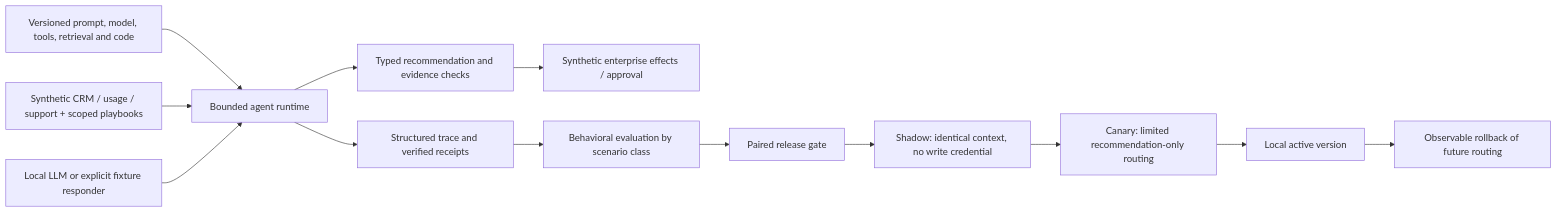
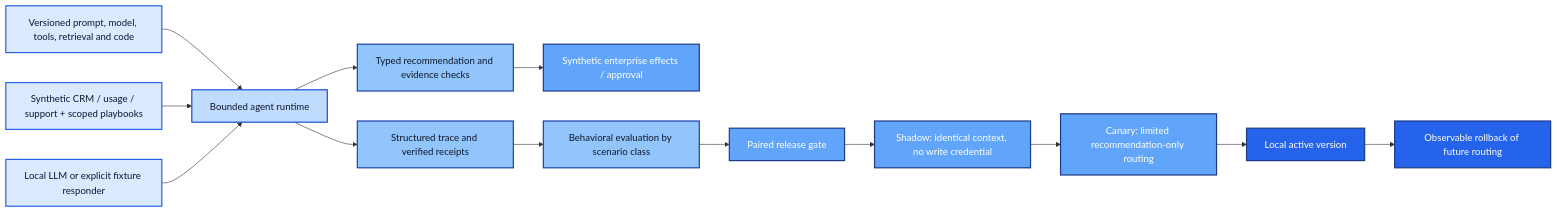
Before and after one commit to rlbsem/enterprise-agent-runtime-evaluation: the diagram in README.md, drawn with Mermaid.

Commit message:
Style architecture diagram

````diff
--- a/README.md
+++ b/README.md
@@ -13,15 +13,27 @@
 ```mermaid
 flowchart LR
   V[Versioned prompt, model, tools, retrieval and code] --> R[Bounded agent runtime]
   C[Synthetic CRM / usage / support + scoped playbooks] --> R
   M[Local LLM or explicit fixture responder] --> R
   R --> T[Typed recommendation and evidence checks]
   T --> E[Synthetic enterprise effects / approval]
   R --> O[Structured trace and verified receipts]
   O --> Q[Behavioral evaluation by scenario class]
   Q --> G[Paired release gate]
   G --> S[Shadow: identical context, no write credential]
   S --> K[Canary: limited recommendation-only routing]
   K --> P[Local active version]
   P --> B[Observable rollback of future routing]
+
+  classDef input fill:#dbeafe,stroke:#2563eb,color:#0f172a,stroke-width:2px;
+  classDef foundation fill:#bfdbfe,stroke:#1d4ed8,color:#0f172a,stroke-width:2px;
+  classDef process fill:#93c5fd,stroke:#1e40af,color:#0f172a,stroke-width:2px;
+  classDef control fill:#60a5fa,stroke:#1e3a8a,color:#ffffff,stroke-width:2px;
+  classDef output fill:#2563eb,stroke:#1e3a8a,color:#ffffff,stroke-width:2px;
+
+  class V,C,M input;
+  class R foundation;
+  class T,O,Q process;
+  class E,G,S,K control;
+  class P,B output;
 ```
````
